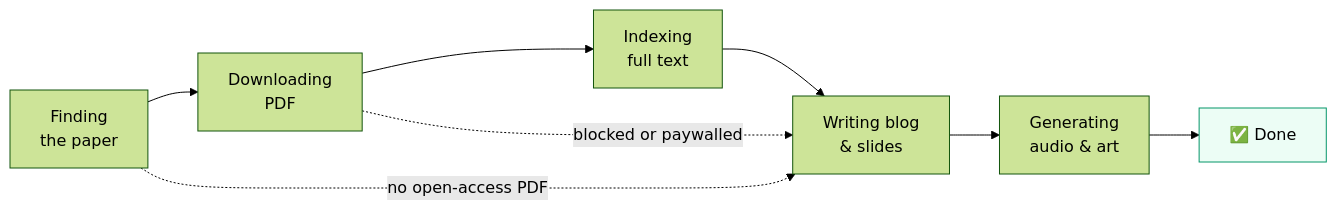
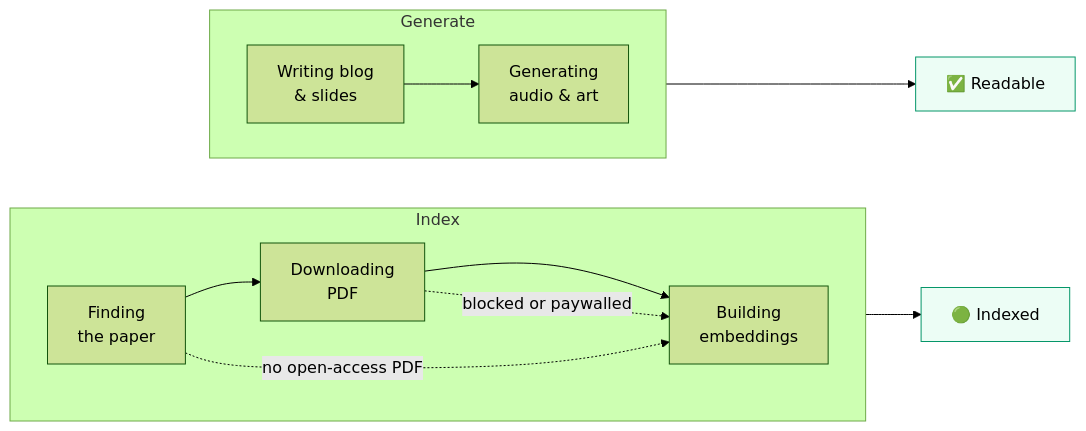
The second of 3 diagrams in docs/general/features.md (BuildGeekAI/scholar-mind), drawn with Mermaid (forest theme) before and after one commit. The commit also changed other lines of this file and 12 other files, not shown here.

````diff
--- a/docs/general/features.md
+++ b/docs/general/features.md
@@ -36,13 +44,21 @@
 ```mermaid
 flowchart LR
-    A["Finding<br/>the paper"] --> B["Downloading<br/>PDF"]
-    B --> C["Indexing<br/>full text"]
-    C --> D["Writing blog<br/>& slides"]
-    D --> E["Generating<br/>audio & art"]
-    E --> F["✅ Done"]
+    subgraph IDX["Index"]
+        direction LR
+        A["Finding<br/>the paper"] --> B["Downloading<br/>PDF"]
+        B --> C["Building<br/>embeddings"]
+        A -.->|"no open-access PDF"| C
+        B -.->|"blocked or paywalled"| C
+    end
 
-    A -.->|"no open-access PDF"| D
-    B -.->|"blocked or paywalled"| D
+    subgraph GEN["Generate"]
+        direction LR
+        D["Writing blog<br/>& slides"] --> E["Generating<br/>audio & art"]
+    end
 
+    C --> IX["🟢 Indexed"]
+    E --> F["✅ Readable"]
+
+    style IX fill:#ecfdf5,stroke:#059669
     style F fill:#ecfdf5,stroke:#059669
 ```
````
